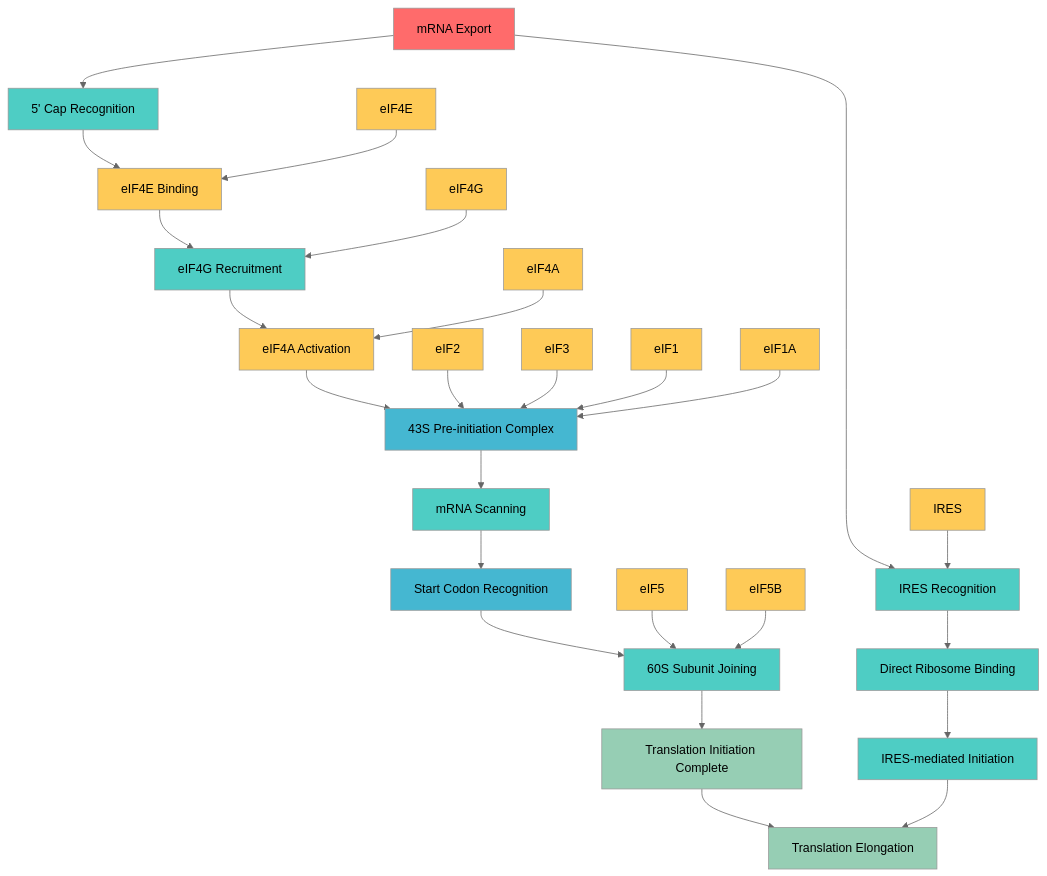
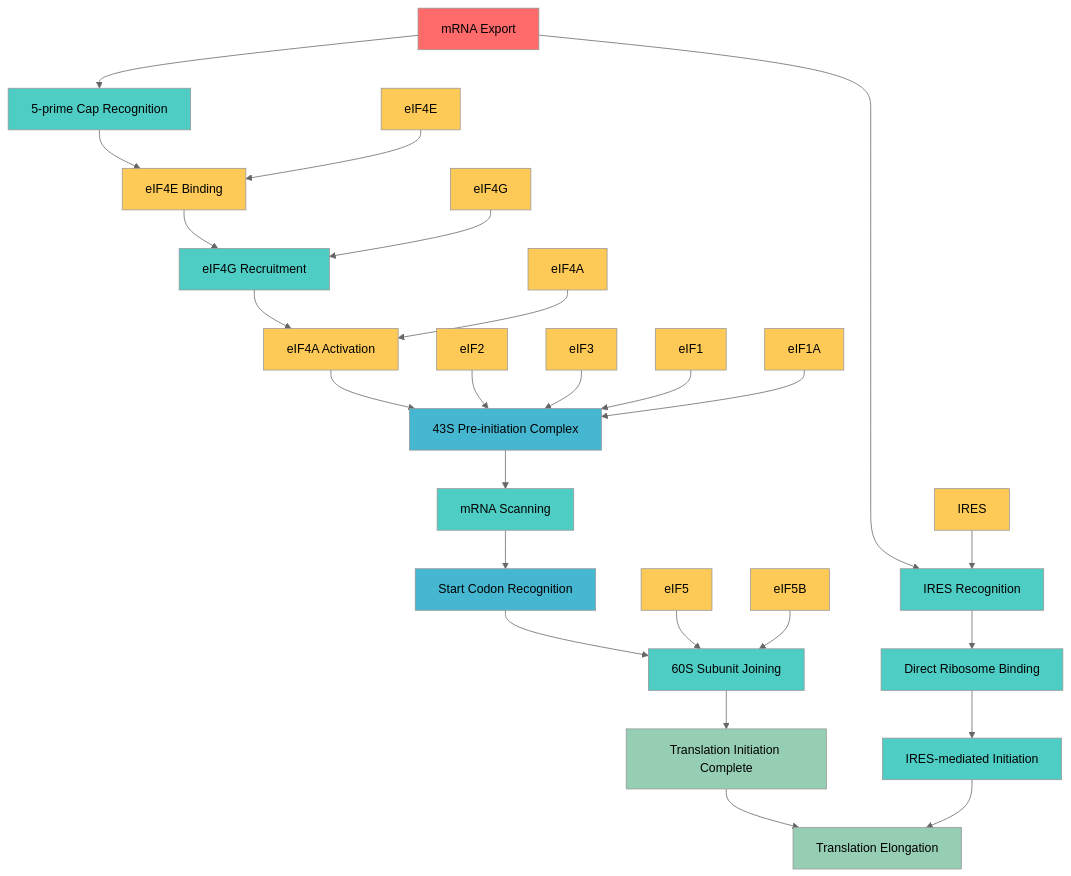
Before and after one commit to garywelz/glmp: the diagram in docs/paper/community/contributions/new_charts/batch3_01_translation_initiation.mmd, drawn with Mermaid (neutral theme). The commit also changed 30 other files, not shown here.

Commit message:
Update greek letters and prime notation in multiple diagrams

```diff
--- a/docs/paper/community/contributions/new_charts/batch3_01_translation_initiation.mmd
+++ b/docs/paper/community/contributions/new_charts/batch3_01_translation_initiation.mmd
@@ -1,55 +1,55 @@
 graph TD
-    A[mRNA Export] --> B[5' Cap Recognition]
+    A[mRNA Export] --> B[5-prime Cap Recognition]
     B --> C[eIF4E Binding]
     C --> D[eIF4G Recruitment]
     D --> E[eIF4A Activation]
     E --> F[43S Pre-initiation Complex]
     F --> G[mRNA Scanning]
     G --> H[Start Codon Recognition]
     H --> I[60S Subunit Joining]
     I --> J[Translation Initiation Complete]
     J --> K[Translation Elongation]
     
     %% Alternative pathway
     A --> L[IRES Recognition]
     L --> M[Direct Ribosome Binding]
     M --> N[IRES-mediated Initiation]
     N --> K
     
     %% Key proteins
     O[eIF4E] --> C
     P[eIF4G] --> D
     Q[eIF4A] --> E
     R[eIF2] --> F
     S[eIF3] --> F
     T[eIF1] --> F
     U[eIF1A] --> F
     V[eIF5] --> I
     W[eIF5B] --> I
     X[IRES] --> L
     
     %% Styling
     style A fill:#ff6b6b
     style B fill:#4ecdc4
     style C fill:#feca57
     style D fill:#4ecdc4
     style E fill:#feca57
     style F fill:#45b7d1
     style G fill:#4ecdc4
     style H fill:#45b7d1
     style I fill:#4ecdc4
     style J fill:#96ceb4
     style K fill:#96ceb4
     style L fill:#4ecdc4
     style M fill:#4ecdc4
     style N fill:#4ecdc4
     style O fill:#feca57
     style P fill:#feca57
     style Q fill:#feca57
     style R fill:#feca57
     style S fill:#feca57
     style T fill:#feca57
     style U fill:#feca57
     style V fill:#feca57
     style W fill:#feca57
     style X fill:#feca57
```
